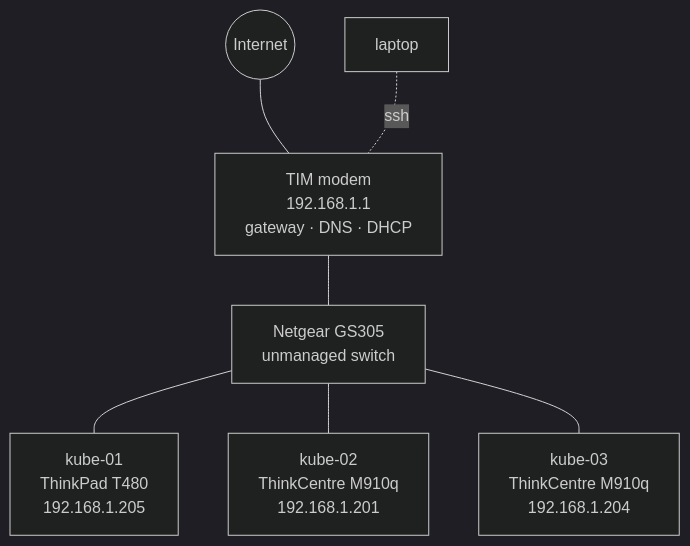
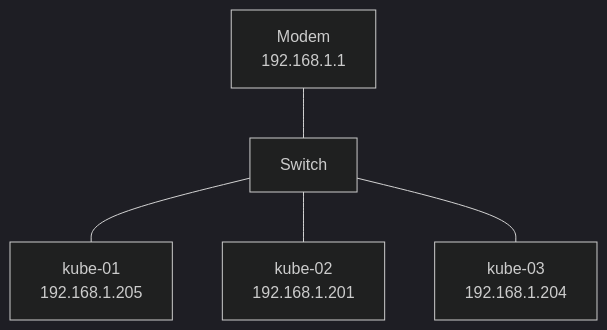
The diagram in README.md (LobsterRavioli/personal_homelab), drawn with Mermaid (dark theme) before and after one commit. The commit also changed other lines of this file, not shown here.

````diff
--- a/README.md
+++ b/README.md
@@ -17,9 +7,7 @@
 ```mermaid
 flowchart TB
-    internet((Internet)) --- modem["TIM modem<br/>192.168.1.1<br/>gateway · DNS · DHCP"]
-    modem --- switch["Netgear GS305<br/>unmanaged switch"]
-    switch --- k1["kube-01<br/>ThinkPad T480<br/>192.168.1.205"]
-    switch --- k2["kube-02<br/>ThinkCentre M910q<br/>192.168.1.201"]
-    switch --- k3["kube-03<br/>ThinkCentre M910q<br/>192.168.1.204"]
-    laptop["laptop"] -. ssh .- modem
+    modem["Modem<br/>192.168.1.1"] --- switch["Switch"]
+    switch --- k1["kube-01<br/>192.168.1.205"]
+    switch --- k2["kube-02<br/>192.168.1.201"]
+    switch --- k3["kube-03<br/>192.168.1.204"]
 ```
````
